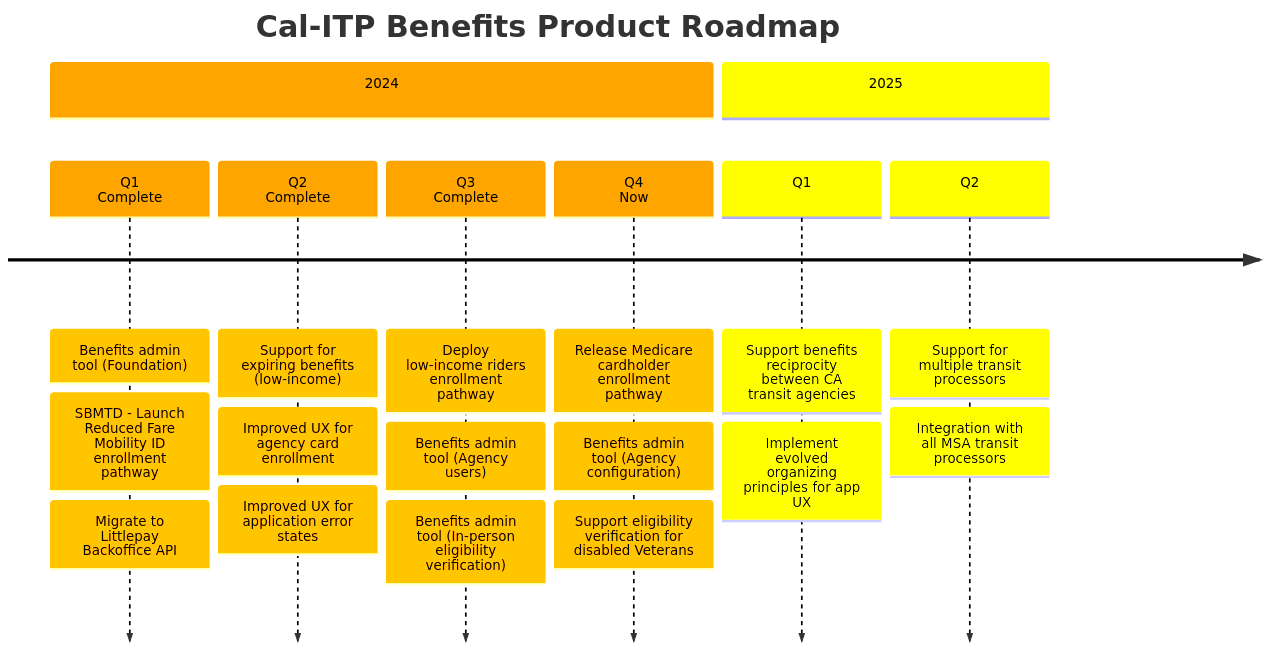
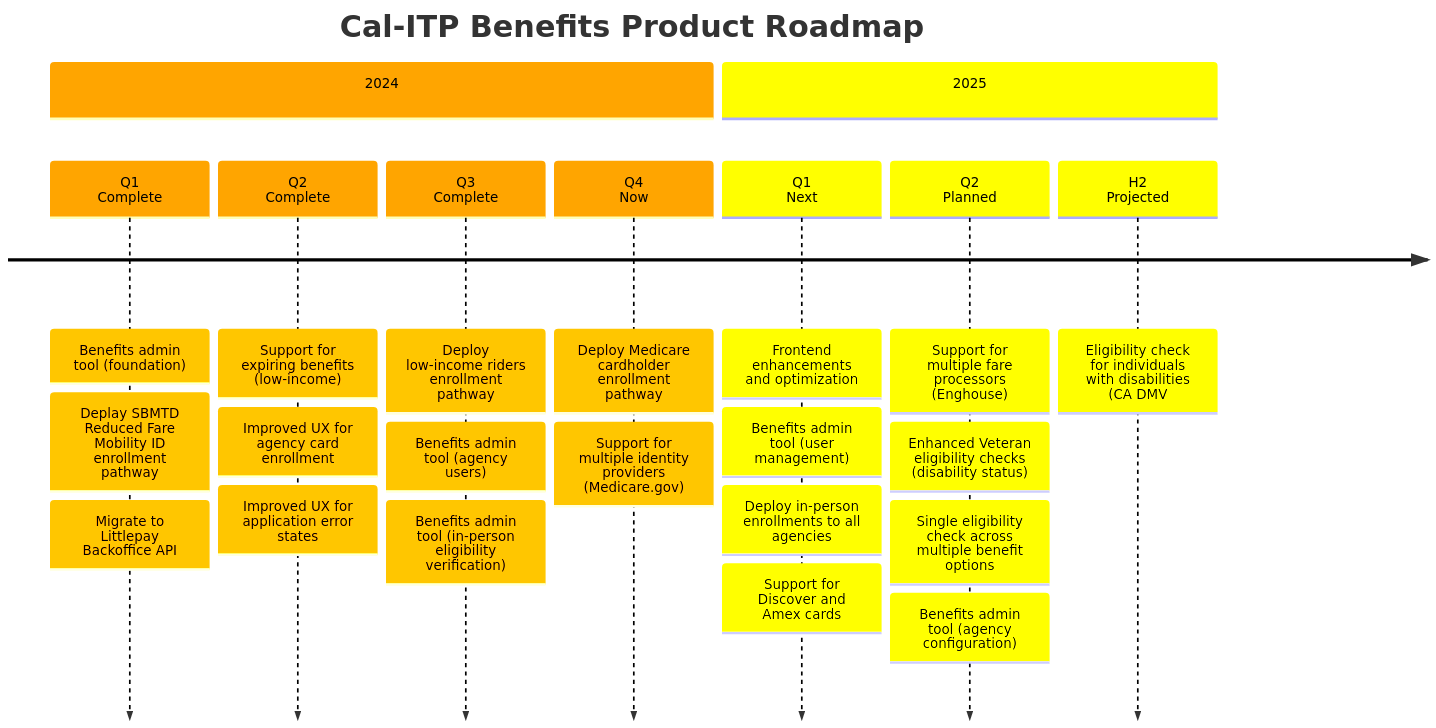
The diagram in docs/enrollment-pathways/README.md (cal-itp/benefits), drawn with Mermaid before and after one commit.

Commit message:
Product roadmap updates
- added "support for multiple identity providers" in Q4 2024
- updated epics for Q1, Q2, and H2 2025
- many small copy edits, mostly for consistency

````diff
--- a/docs/enrollment-pathways/README.md
+++ b/docs/enrollment-pathways/README.md
@@ -19,53 +19,60 @@
 ```mermaid
 timeline
     title Cal-ITP Benefits Product Roadmap
 %% Cal-ITP Benefits Epics (2024)
           section 2024
 
           Q1<br>Complete
-          : Benefits admin tool (Foundation)
-          : SBMTD - Launch Reduced Fare Mobility ID enrollment pathway
+          : Benefits admin tool (foundation)
+          : Deplay SBMTD Reduced Fare Mobility ID enrollment pathway
           : Migrate to Littlepay Backoffice API
 
           Q2<br>Complete
           : Support for expiring benefits (low-income)
           : Improved UX for agency card enrollment
           : Improved UX for application error states
 
           Q3<br>Complete
           : Deploy low-income riders enrollment pathway
-          : Benefits admin tool (Agency users)
-          : Benefits admin tool (In-person eligibility verification)
+          : Benefits admin tool (agency users)
+          : Benefits admin tool (in-person eligibility verification)
 
           Q4<br>Now
-          : Release Medicare cardholder enrollment pathway
-          : Benefits admin tool (Agency configuration)
-          : Support eligibility verification for disabled Veterans
+          : Deploy Medicare cardholder enrollment pathway
+          : Support for multiple identity providers (Medicare.gov)
 
 %% Cal-ITP Benefits Epics (2025)
           section 2025
 
-          Q1
-          : Support benefits reciprocity between CA transit agencies
-          : Implement evolved organizing principles for app UX
+          Q1<br>Next
+        : Frontend enhancements and optimization
+        : Benefits admin tool (user management) 
+        : Deploy in-person enrollments to all agencies
+      %%: Deploy Connect Card enrollment pathway to SACOG agencies
+        : Support for Discover and Amex cards
 
-          Q2
-          : Support for multiple transit processors
-          : Integration with all MSA transit processors
+          Q2<br>Planned
+        : Support for multiple fare processors (Enghouse)
+        : Enhanced Veteran eligibility checks (disability status)
+        : Single eligibility check across multiple benefit options
+        : Benefits admin tool (agency configuration)
+
+          H2<br>Projected
+        : Eligibility check for individuals with disabilities (CA DMV 
 
 %%{
     init: {
         'logLevel': 'debug',
         'theme': 'default' ,
         'themeVariables': {
             'cScale0': '#ffa500', 'cScaleLabel0': '#000000',
             'cScale1': '#ffff00', 'cScaleLabel1': '#000000',
             'cScale2': '#ffff00', 'cScaleLabel2': '#000000',
             'cScale3': '#008000', 'cScaleLabel3': '#ffffff',
             'cScale4': '#0000ff', 'cScaleLabel4': '#ffffff',
             'cScale5': '#4b0082', 'cScaleLabel5': '#ffffff',
             'cScale6': '#000000', 'cScaleLabel6': '#ffffff'
         }
     }
 }%%
 ```
````
